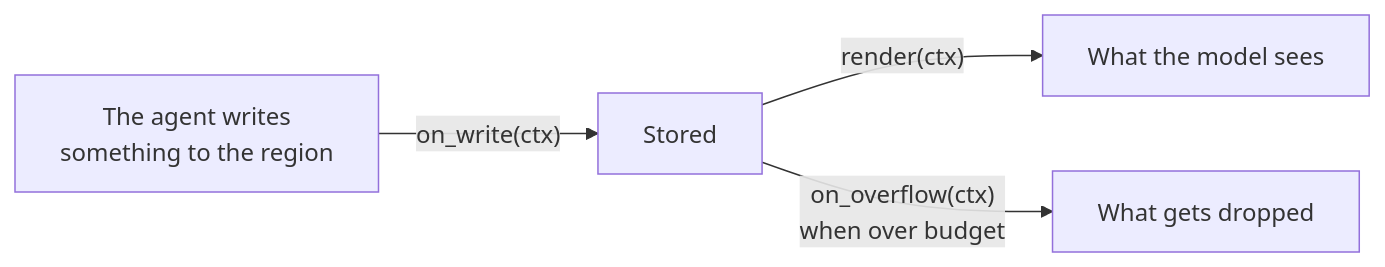
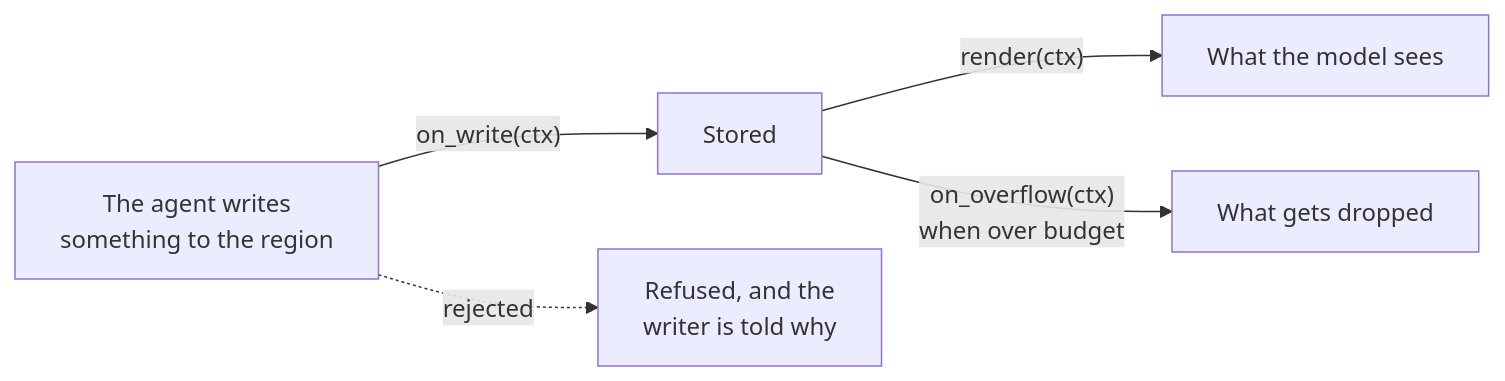
The diagram in docs/content/rhai-regions.md (GEMISIS/leviath), drawn with Mermaid before and after one commit. The commit also changed other lines of this file and 8 other files, not shown here.

````diff
--- a/docs/content/rhai-regions.md
+++ b/docs/content/rhai-regions.md
@@ -19,6 +19,7 @@
 ```mermaid
 flowchart LR
   W["The agent writes<br/>something to the region"] -->|"on_write(ctx)"| STORE["Stored"]
+  W -.->|"rejected"| R["Refused, and the<br/>writer is told why"]
   STORE -->|"render(ctx)"| M["What the model sees"]
   STORE -->|"on_overflow(ctx)<br/>when over budget"| DROP["What gets dropped"]
 ```
````
